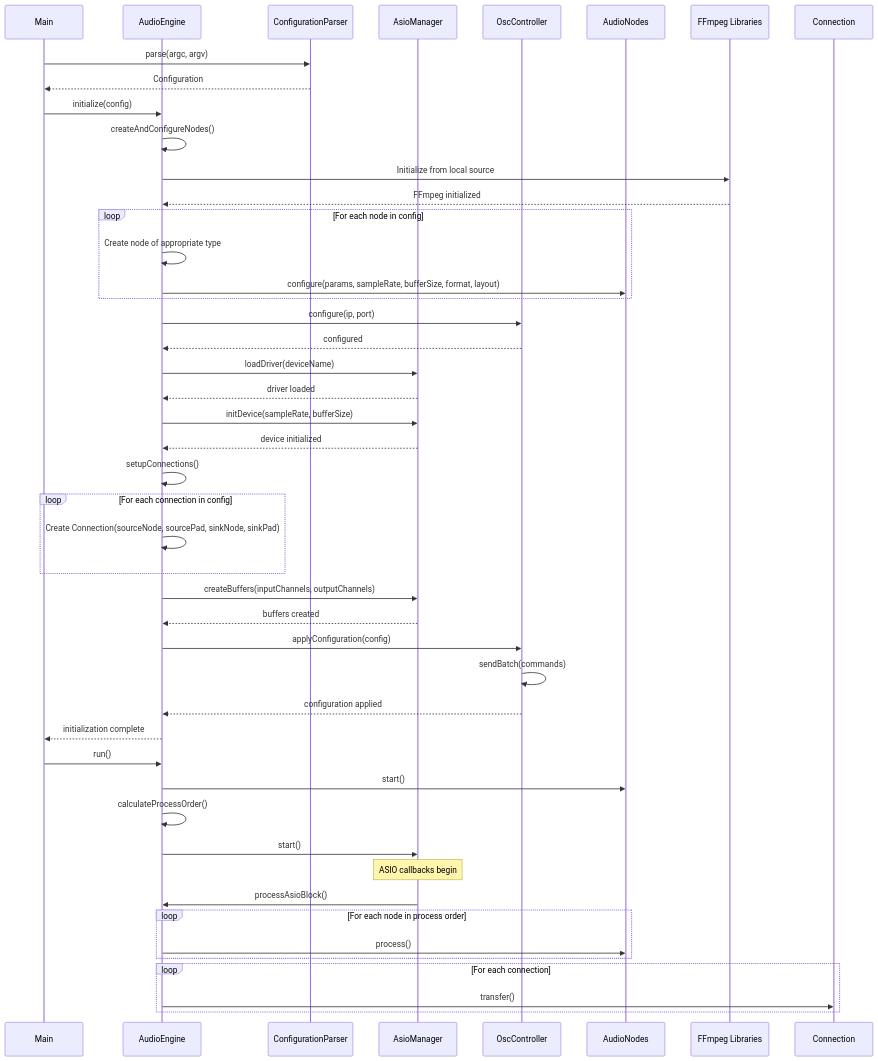
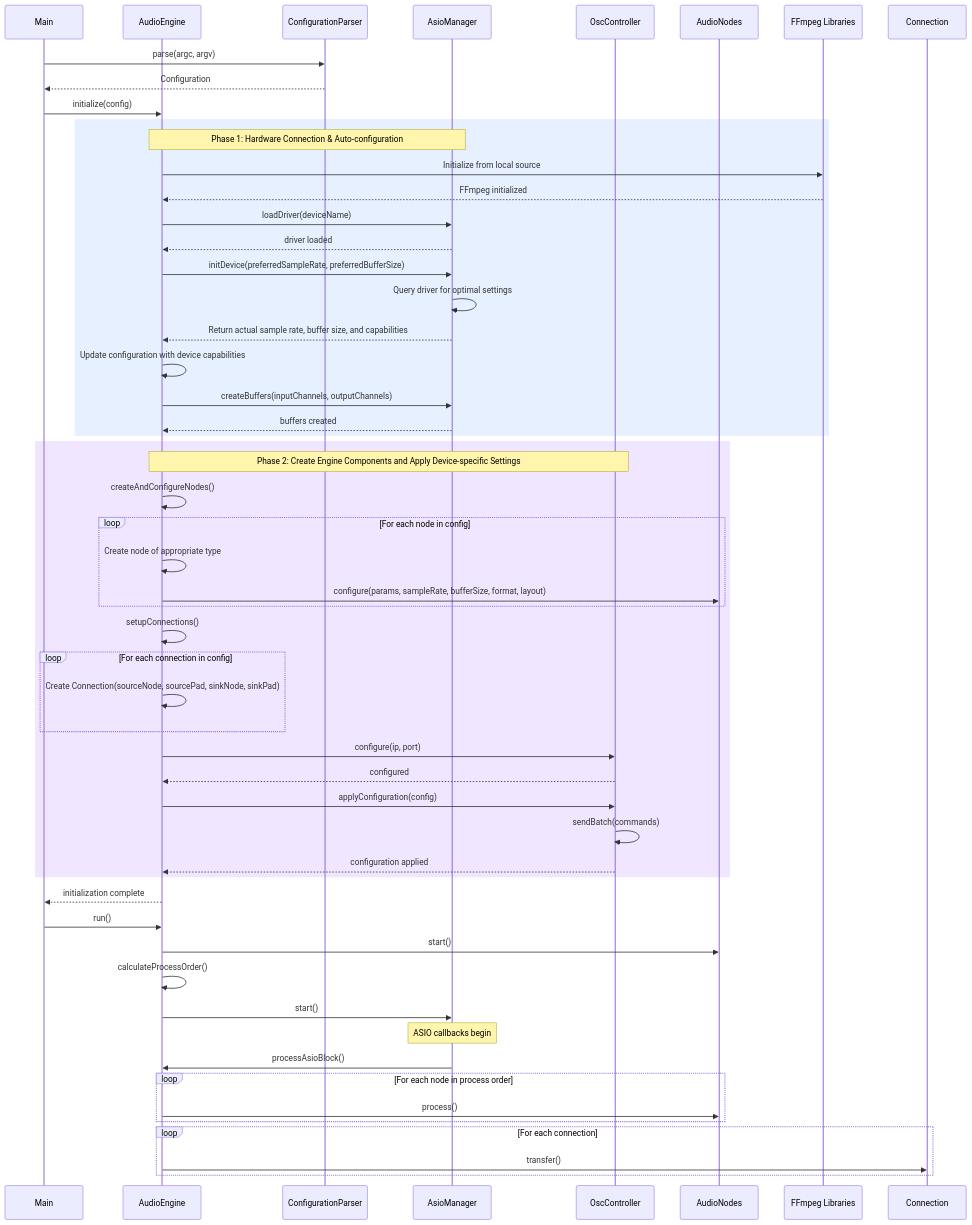
The third of 5 diagrams in src/AudioEngine/MERMAID.md (david-t-martel/oscmex), drawn with Mermaid before and after one commit. The commit also changed 1 other file, not shown here.

Commit message:
Add dual-phase device configuration approach to AudioEngine documentation

````diff
--- a/src/AudioEngine/MERMAID.md
+++ b/src/AudioEngine/MERMAID.md
@@ -345,65 +345,80 @@
 ```mermaid
 sequenceDiagram
     participant Main
     participant Engine as AudioEngine
     participant Config as ConfigurationParser
     participant ASIO as AsioManager
     participant OSC as OscController
     participant Nodes as AudioNodes
     participant FFmpeg as FFmpeg Libraries
 
     Main->>Config: parse(argc, argv)
     Config-->>Main: Configuration
 
     Main->>Engine: initialize(config)
-    Engine->>Engine: createAndConfigureNodes()
 
-    Engine->>FFmpeg: Initialize from local source
-    FFmpeg-->>Engine: FFmpeg initialized
+    %% Phase 1: Hardware Connection & Auto-configuration
+    rect rgb(230, 240, 255)
+        Note over Engine,ASIO: Phase 1: Hardware Connection & Auto-configuration
 
-    loop For each node in config
-        Engine->>Engine: Create node of appropriate type
-        Engine->>Nodes: configure(params, sampleRate, bufferSize, format, layout)
+        Engine->>FFmpeg: Initialize from local source
+        FFmpeg-->>Engine: FFmpeg initialized
+
+        Engine->>ASIO: loadDriver(deviceName)
+        ASIO-->>Engine: driver loaded
+
+        Engine->>ASIO: initDevice(preferredSampleRate, preferredBufferSize)
+
+        ASIO->>ASIO: Query driver for optimal settings
+        ASIO-->>Engine: Return actual sample rate, buffer size, and capabilities
+
+        Engine->>Engine: Update configuration with device capabilities
+
+        Engine->>ASIO: createBuffers(inputChannels, outputChannels)
+        ASIO-->>Engine: buffers created
     end
 
-    Engine->>OSC: configure(ip, port)
-    OSC-->>Engine: configured
+    %% Phase 2: Create Engine Components and Apply Device-specific Settings
+    rect rgb(240, 230, 255)
+        Note over Engine,OSC: Phase 2: Create Engine Components and Apply Device-specific Settings
 
-    Engine->>ASIO: loadDriver(deviceName)
-    ASIO-->>Engine: driver loaded
+        Engine->>Engine: createAndConfigureNodes()
 
-    Engine->>ASIO: initDevice(sampleRate, bufferSize)
-    ASIO-->>Engine: device initialized
+        loop For each node in config
+            Engine->>Engine: Create node of appropriate type
+            Engine->>Nodes: configure(params, sampleRate, bufferSize, format, layout)
+        end
 
-    Engine->>Engine: setupConnections()
+        Engine->>Engine: setupConnections()
 
-    loop For each connection in config
-        Engine->>Engine: Create Connection(sourceNode, sourcePad, sinkNode, sinkPad)
+        loop For each connection in config
+            Engine->>Engine: Create Connection(sourceNode, sourcePad, sinkNode, sinkPad)
+        end
+
+        Engine->>OSC: configure(ip, port)
+        OSC-->>Engine: configured
+
+        Engine->>OSC: applyConfiguration(config)
+        OSC->>OSC: sendBatch(commands)
+        OSC-->>Engine: configuration applied
     end
-
-    Engine->>ASIO: createBuffers(inputChannels, outputChannels)
-    ASIO-->>Engine: buffers created
-
-    Engine->>OSC: applyConfiguration(config)
-    OSC->>OSC: sendBatch(commands)
-    OSC-->>Engine: configuration applied
 
     Engine-->>Main: initialization complete
 
     Main->>Engine: run()
     Engine->>Nodes: start()
     Engine->>Engine: calculateProcessOrder()
     Engine->>ASIO: start()
 
     Note over ASIO: ASIO callbacks begin
 
     ASIO->>Engine: processAsioBlock()
 
     loop For each node in process order
         Engine->>Nodes: process()
     end
 
     loop For each connection
         Engine->>Connection: transfer()
     end
 ```
````
